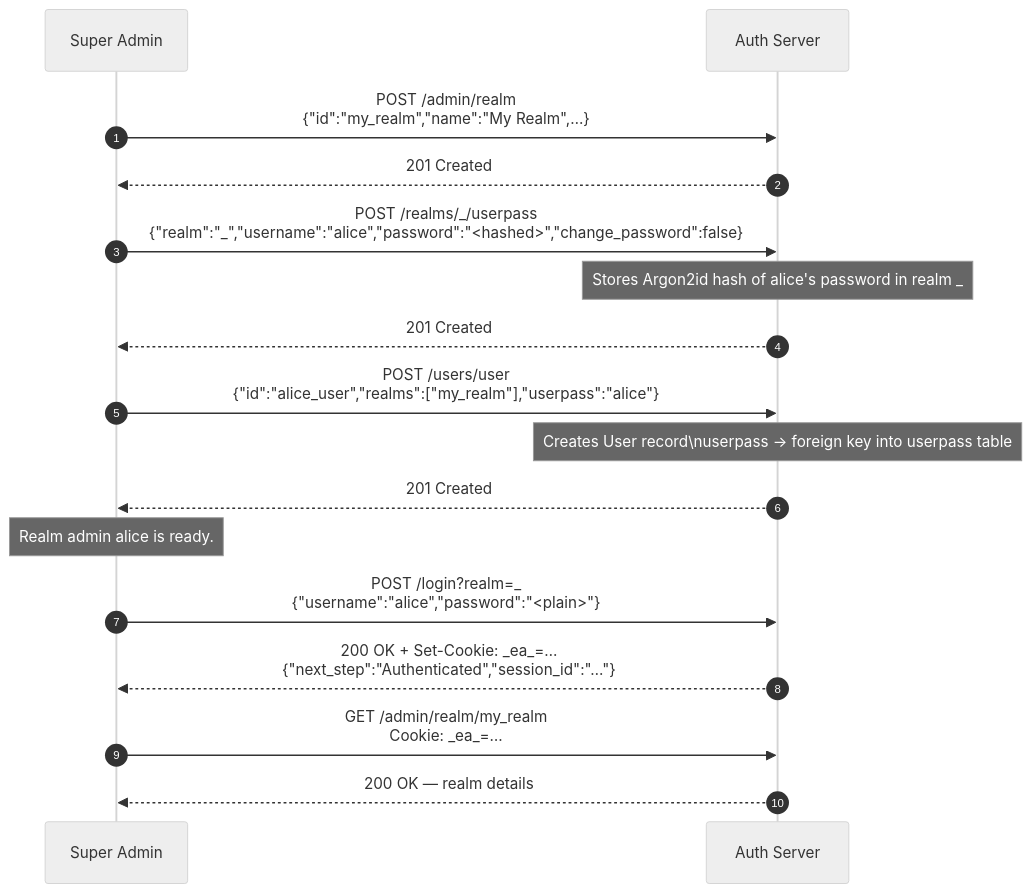
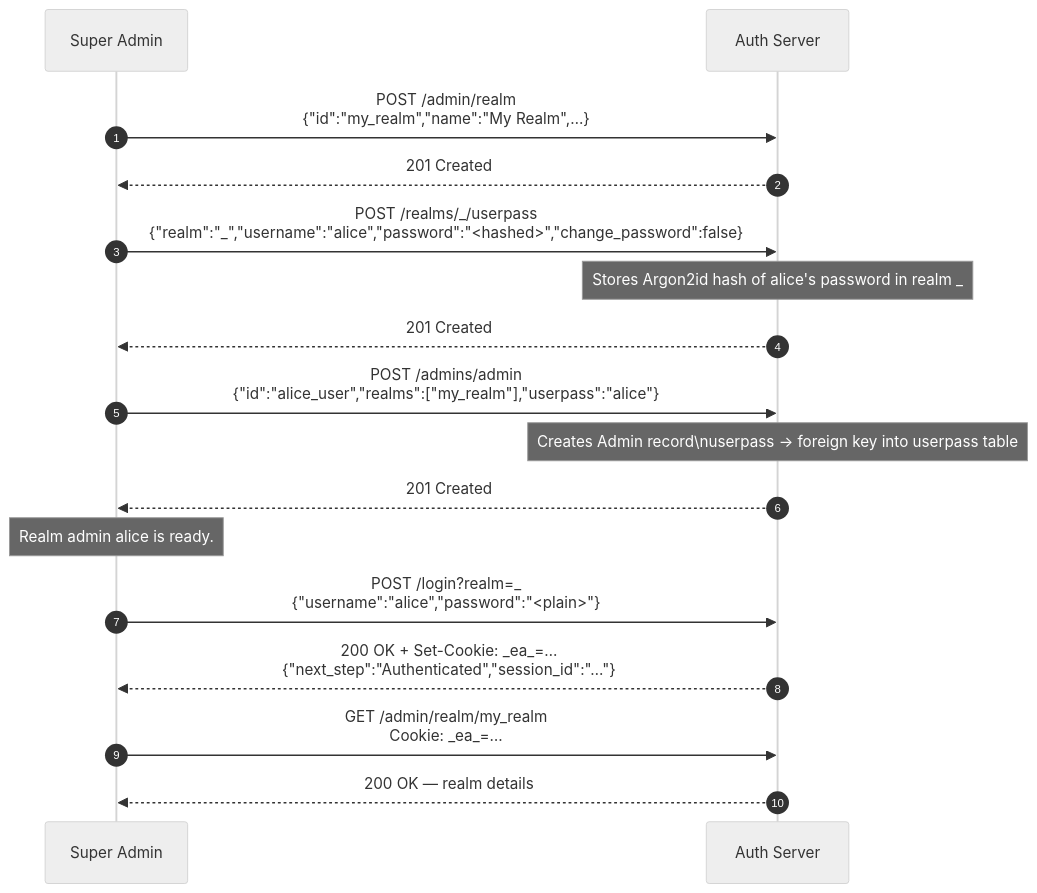
The third of 3 diagrams in server/documentation/authorization_and_administration.md (Cosmian/authentication), drawn with Mermaid (neutral theme) before and after one commit. The commit also changed other lines of this file and 28 other files, not shown here.

Commit message:
Changed concept User to Admin

````diff
--- a/server/documentation/authorization_and_administration.md
+++ b/server/documentation/authorization_and_administration.md
@@ -213,24 +213,24 @@
 ```mermaid
 sequenceDiagram
     autonumber
     participant SA as Super Admin
     participant EA as Auth Server
 
     SA->>EA: POST /admin/realm<br/>{"id":"my_realm","name":"My Realm",…}
     EA-->>SA: 201 Created
 
     SA->>EA: POST /realms/_/userpass<br/>{"realm":"_","username":"alice","password":"<hashed>","change_password":false}
     note over EA: Stores Argon2id hash of alice's password in realm _
     EA-->>SA: 201 Created
 
-    SA->>EA: POST /users/user<br/>{"id":"alice_user","realms":["my_realm"],"userpass":"alice"}
-    note over EA: Creates User record\nuserpass → foreign key into userpass table
+    SA->>EA: POST /admins/admin<br/>{"id":"alice_user","realms":["my_realm"],"userpass":"alice"}
+    note over EA: Creates Admin record\nuserpass → foreign key into userpass table
     EA-->>SA: 201 Created
 
     note over SA: Realm admin alice is ready.
     SA->>EA: POST /login?realm=_<br/>{"username":"alice","password":"<plain>"}
     EA-->>SA: 200 OK + Set-Cookie: _ea_=…<br/>{"next_step":"Authenticated","session_id":"…"}
 
     SA->>EA: GET /admin/realm/my_realm<br/>Cookie: _ea_=…
     EA-->>SA: 200 OK — realm details
 ```
````
